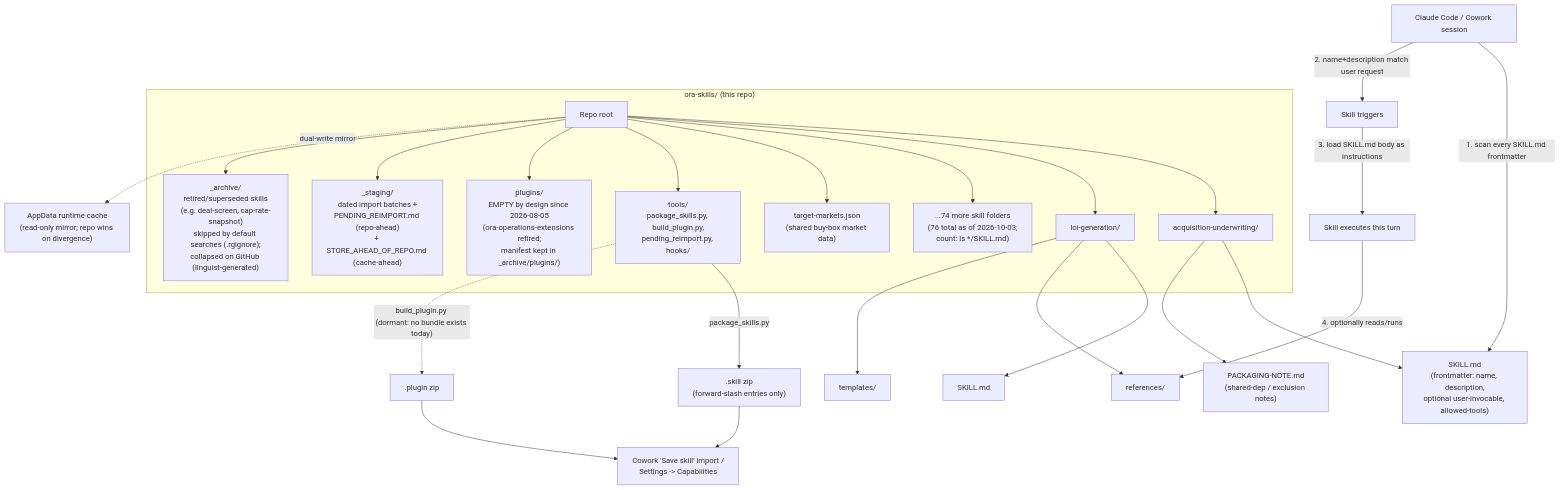
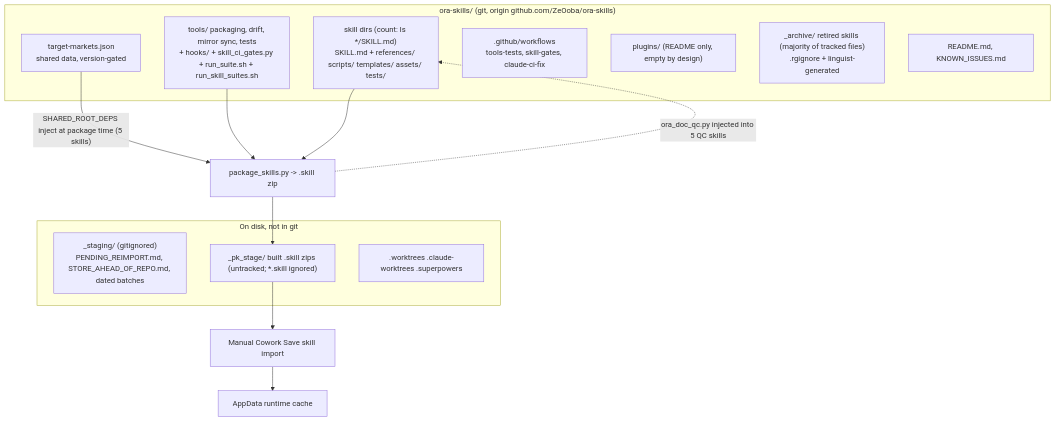
The first of 4 diagrams in README.md (ZeOoba/ora-skills), drawn with Mermaid before and after one commit. The commit also changed other lines of this file and 1 other file, not shown here.

First line of the commit message:
docs(readme): document skill-gates CI, fix stale counts, install corrected diagrams

````diff
--- a/README.md
+++ b/README.md
@@ -30,40 +30,24 @@
 ```mermaid
 flowchart TD
-    subgraph Repo["ora-skills/ (this repo)"]
-        Root["Repo root"]
-        S1["acquisition-underwriting/"]
-        S2["loi-generation/"]
-        S3["...74 more skill folders\n(76 total as of 2026-10-03;\ncount: ls */SKILL.md)"]
-        Shared["target-markets.json\n(shared buy-box market data)"]
-        Tools["tools/\npackage_skills.py, build_plugin.py,\npending_reimport.py, hooks/"]
-        Plugins["plugins/\nEMPTY by design since 2026-08-05\n(ora-operations-extensions retired;\nmanifest kept in _archive/plugins/)"]
-        Staging["_staging/\ndated import batches +\nPENDING_REIMPORT.md (repo-ahead)\n+ STORE_AHEAD_OF_REPO.md (cache-ahead)"]
-        Archive["_archive/\nretired/superseded skills\n(e.g. deal-screen, cap-rate-snapshot)\nskipped by default searches (.rgignore);\ncollapsed on GitHub (linguist-generated)"]
+    subgraph Repo["ora-skills/ (git, origin github.com/ZeOoba/ora-skills)"]
+        S["skill dirs (count: ls */SKILL.md)\nSKILL.md + references/ scripts/ templates/ assets/ tests/"]
+        TM["target-markets.json\nshared data, version-gated"]
+        T["tools/ packaging, drift, mirror sync, tests\n+ hooks/ + skill_ci_gates.py + run_suite.sh + run_skill_suites.sh"]
+        GH[".github/workflows\ntools-tests, skill-gates, claude-ci-fix"]
+        P["plugins/ (README only, empty by design)"]
+        A["_archive/ retired skills (majority of tracked files)\n.rgignore + linguist-generated"]
+        K["README.md, KNOWN_ISSUES.md"]
     end
-
-    Root --> S1
-    Root --> S2
-    Root --> S3
-    Root --> Shared
-    Root --> Tools
-    Root --> Plugins
-    Root --> Staging
-    Root --> Archive
-
-    S1 --> F1["SKILL.md\n(frontmatter: name, description,\noptional user-invocable, allowed-tools)"]
-    S1 --> P1["PACKAGING-NOTE.md\n(shared-dep / exclusion notes)"]
-    S2 --> F2["SKILL.md"]
-    S2 --> R2["references/"]
-    S2 --> T2["templates/"]
-
-    Tools -- "package_skills.py <outdir>" --> Skillzip[".skill zip\n(forward-slash entries only)"]
-    Tools -. "build_plugin.py <plugin>\n(dormant: no bundle exists today)" .-> Pluginzip[".plugin zip"]
-    Skillzip --> Cowork["Cowork 'Save skill' import /\nSettings -> Capabilities"]
-    Pluginzip --> Cowork
-    Root -. "dual-write mirror" .-> AppData["AppData runtime cache\n(read-only mirror; repo wins on divergence)"]
-
-    Session["Claude Code / Cowork session"] -- "1. scan every SKILL.md frontmatter" --> F1
-    Session -- "2. name+description match user request" --> Trigger["Skill triggers"]
-    Trigger -- "3. load SKILL.md body as instructions" --> Exec["Skill executes this turn"]
-    Exec -- "4. optionally reads/runs" --> R2
+    subgraph Untracked["On disk, not in git"]
+        ST["_staging/ (gitignored)\nPENDING_REIMPORT.md, STORE_AHEAD_OF_REPO.md, dated batches"]
+        PK["_pk_stage/ built .skill zips (untracked; *.skill ignored)"]
+        WT[".worktrees .claude-worktrees .superpowers"]
+    end
+    TM -- "SHARED_ROOT_DEPS inject at package time (5 skills)" --> Pkg
+    T --> Pkg["package_skills.py -> .skill zip"]
+    S --> Pkg
+    Pkg --> PK
+    PK --> Import["Manual Cowork Save skill import"]
+    Import --> Cache["AppData runtime cache"]
+    Pkg -. "ora_doc_qc.py injected into 5 QC skills" .-> S
 ```
````
